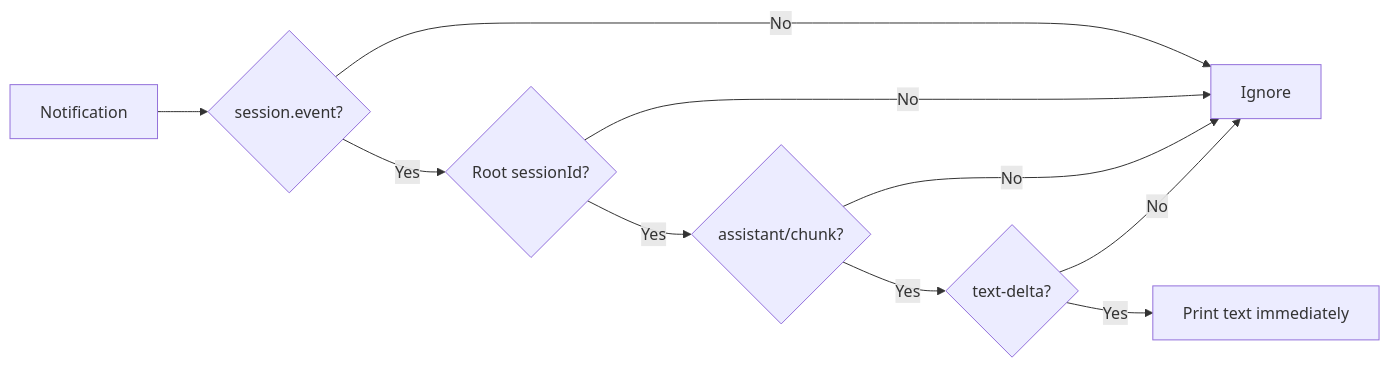
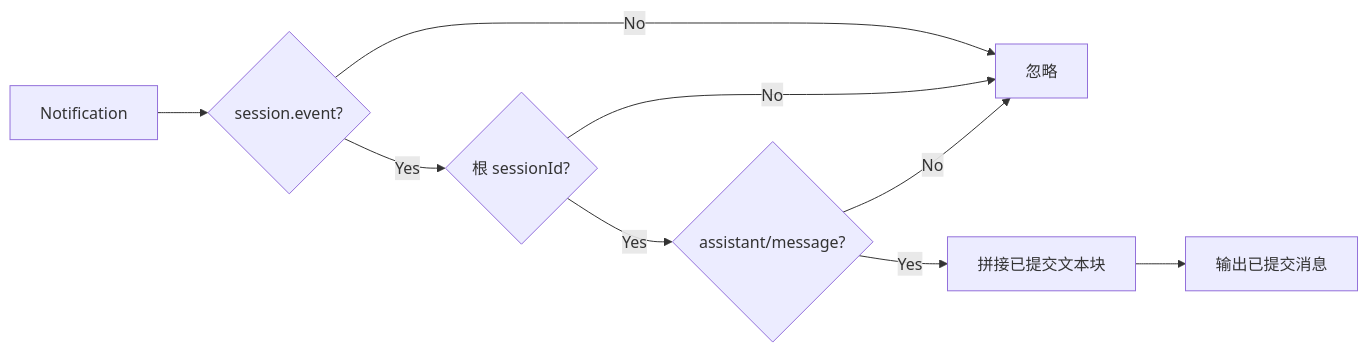
Before and after one commit to eriklee1895/hands-on-dsh: the diagram in tutorials/python-sdk/tutorials/03-stream-events.zh.md, drawn with Mermaid. The commit also changed other lines of this file and 72 other files, not shown here.

````diff
--- a/tutorials/python-sdk/tutorials/03-stream-events.zh.md
+++ b/tutorials/python-sdk/tutorials/03-stream-events.zh.md
@@ -28,12 +28,11 @@
 ```mermaid
 flowchart LR
     N[Notification] --> M{session.event?}
-    M -->|No| Ignore[Ignore]
-    M -->|Yes| S{Root sessionId?}
-    S -->|No| Ignore
-    S -->|Yes| E{assistant/chunk?}
-    E -->|No| Ignore
-    E -->|Yes| C{text-delta?}
-    C -->|No| Ignore
-    C -->|Yes| Print[Print text immediately]
+    M -->|No| I[忽略]
+    M -->|Yes| S{根 sessionId?}
+    S -->|No| I
+    S -->|Yes| E{assistant/message?}
+    E -->|No| I
+    E -->|Yes| P[拼接已提交文本块]
+    P --> O[输出已提交消息]
 ```
````
